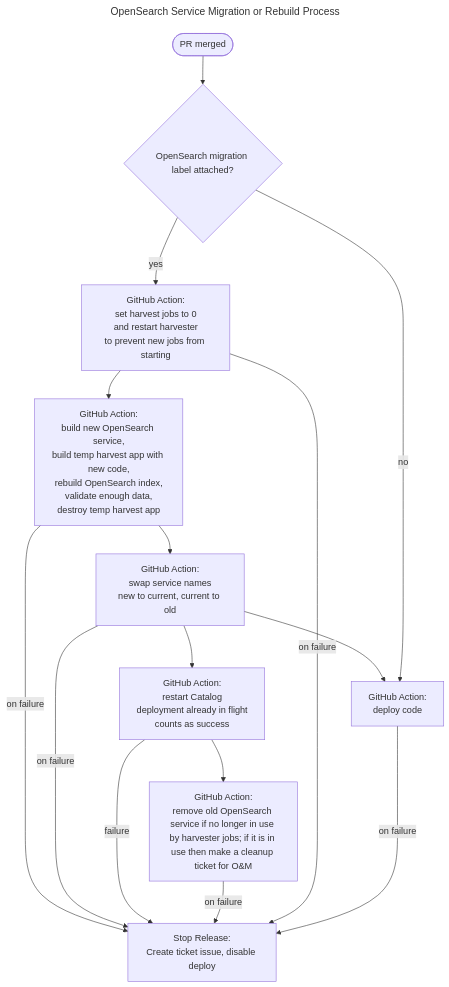
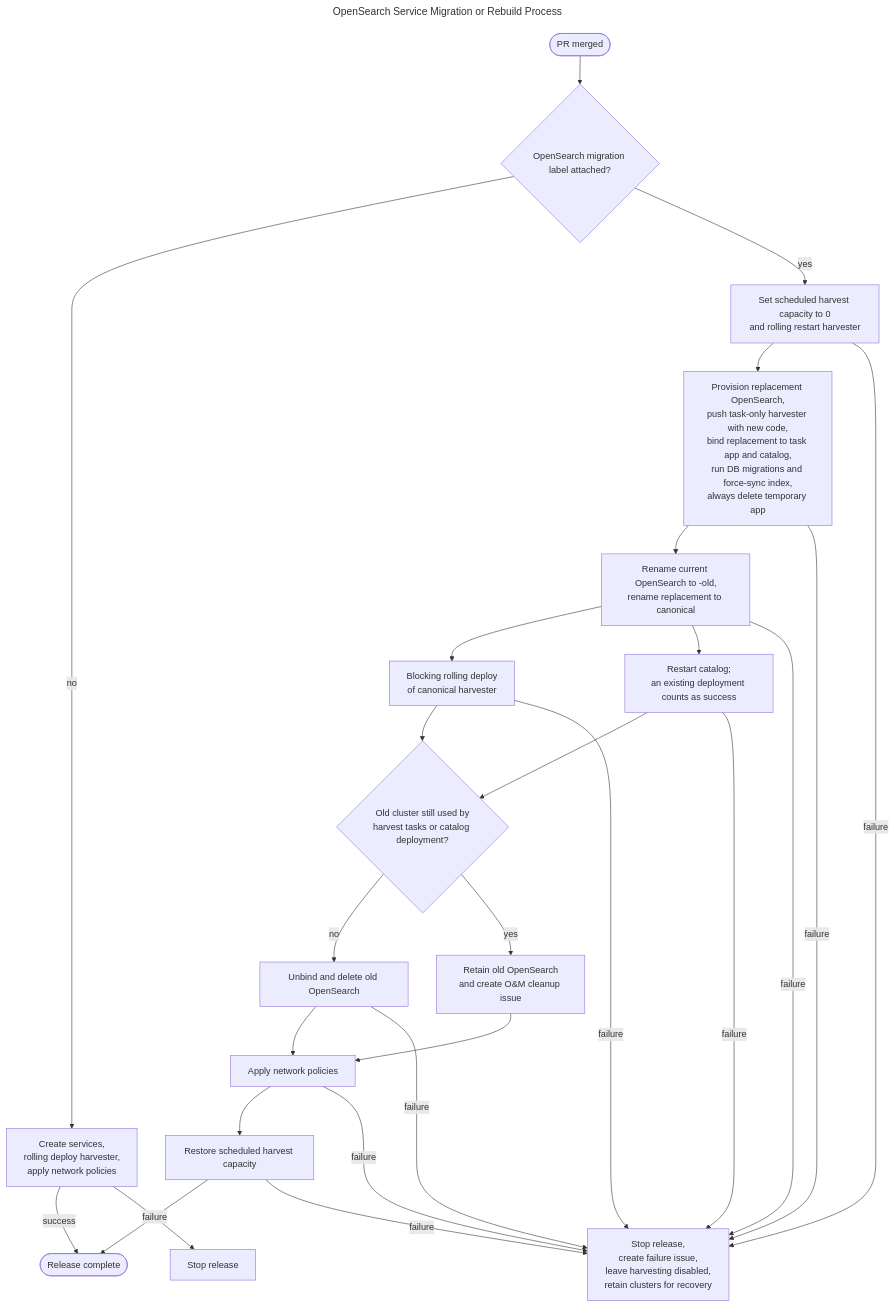
Before and after one commit to GSA/datagov-harvester: the diagram in docs/diagrams/mermaid/src/services_migrate_or_rebuild_process.md, drawn with Mermaid. The commit also changed 4 other files, not shown here.

Commit message:
document zero-downtime opensearch release flow

````diff
--- a/docs/diagrams/mermaid/src/services_migrate_or_rebuild_process.md
+++ b/docs/diagrams/mermaid/src/services_migrate_or_rebuild_process.md
@@ -1,23 +1,35 @@
 ```mermaid
 ---
 title: OpenSearch Service Migration or Rebuild Process
 ---
 flowchart TD
 	trigger([PR merged]) --> labelCheck{OpenSearch migration label attached?}
 
-	scaleHarvest --> prepareOpenSearch[GitHub Action:<br/>build new OpenSearch service,<br/>build temp harvest app with new code,<br/>rebuild OpenSearch index,<br/>validate enough data,<br/>destroy temp harvest app]
-	prepareOpenSearch -->|on failure| halt[Stop Release:<br/>Create ticket issue, disable deploy<br>]
-	prepareOpenSearch --> swapServices[GitHub Action:<br/>swap service names<br/>new to current, current to old<br>]
-	swapServices -->|on failure| halt
+	labelCheck -->|no| deployCodeOnly[Create services,<br/>rolling deploy harvester,<br/>apply network policies]
+	deployCodeOnly -->|success| complete([Release complete])
+	deployCodeOnly -->|failure| normalFailure[Stop release]
 
-	swapServices --> deployCodeOnly[GitHub Action:<br/>deploy code]
-	swapServices --> restartCatalogMigration[GitHub Action:<br/>restart Catalog<br/>deployment already in flight<br/>counts as success]
-	restartCatalogMigration --> removeOld[GitHub Action:<br/>remove old OpenSearch service if no longer in use by harvester jobs; if it is in use then make a cleanup ticket for O&M]
+	labelCheck -->|yes| scaleHarvest[Set scheduled harvest capacity to 0<br/>and rolling restart harvester]
+	scaleHarvest --> prepareOpenSearch[Provision replacement OpenSearch,<br/>push task-only harvester with new code,<br/>bind replacement to task app and catalog,<br/>run DB migrations and force-sync index,<br/>always delete temporary app]
+	prepareOpenSearch --> swapServices[Rename current OpenSearch to -old,<br/>rename replacement to canonical]
+	swapServices --> deployMigration[Blocking rolling deploy<br/>of canonical harvester]
+	swapServices --> restartCatalogMigration[Restart catalog;<br/>an existing deployment counts as success]
+
+	deployMigration --> cleanupCheck{Old cluster still used by<br/>harvest tasks or catalog deployment?}
+	restartCatalogMigration --> cleanupCheck
+	cleanupCheck -->|no| removeOld[Unbind and delete old OpenSearch]
+	cleanupCheck -->|yes| cleanupIssue[Retain old OpenSearch<br/>and create O&M cleanup issue]
+	removeOld --> networkPolicies[Apply network policies]
+	cleanupIssue --> networkPolicies
+	networkPolicies --> enableHarvest[Restore scheduled harvest capacity]
+	enableHarvest --> complete
+
+	scaleHarvest -->|failure| halt[Stop release,<br/>create failure issue,<br/>leave harvesting disabled,<br/>retain clusters for recovery]
+	prepareOpenSearch -->|failure| halt
+	swapServices -->|failure| halt
+	deployMigration -->|failure| halt
 	restartCatalogMigration -->|failure| halt
-	removeOld -->|on failure| halt
-
-    labelCheck -->|yes| scaleHarvest[GitHub Action:<br/>set harvest jobs to 0<br/>and restart harvester<br/>to prevent new jobs from starting]
-	labelCheck -->|no| deployCodeOnly[GitHub Action:<br/>deploy code]
-	scaleHarvest -->|on failure| halt
-	deployCodeOnly -->|on failure| halt
+	removeOld -->|failure| halt
+	networkPolicies -->|failure| halt
+	enableHarvest -->|failure| halt
 ```
````
